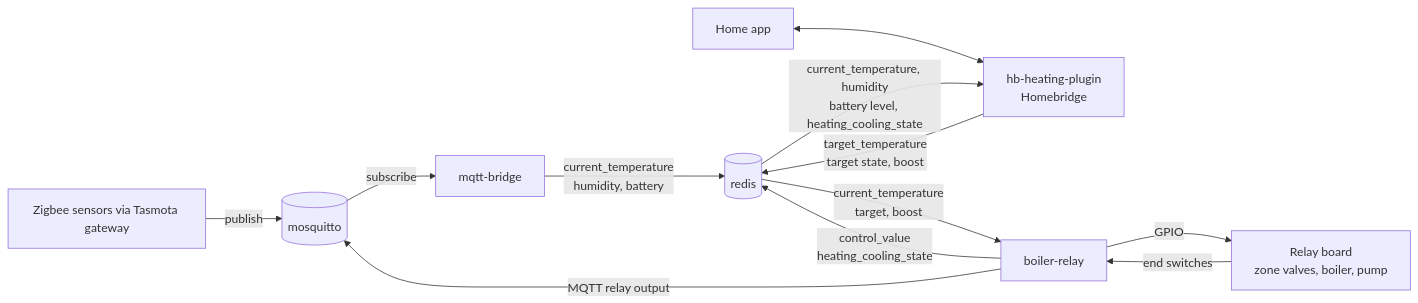
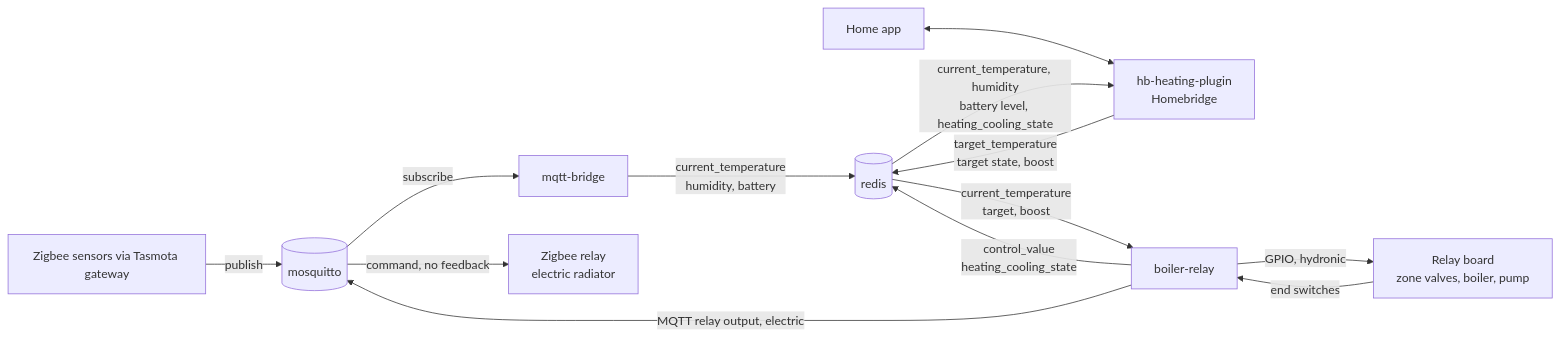
Before and after one commit to GJMontreal/heating-system: the diagram in README.md, drawn with Mermaid. The commit also changed other lines of this file and 2 other files, not shown here.

Commit message:
Document the hydronic and electric systems, update boiler-relay pointer

````diff
--- a/README.md
+++ b/README.md
@@ -15,17 +20,18 @@
 ```mermaid
 flowchart LR
     sensors[Zigbee sensors via Tasmota gateway] -->|publish| mqtt[(mosquitto)]
     mqtt -->|subscribe| bridge[mqtt-bridge]
     bridge -->|current_temperature<br/>humidity, battery| redis[(redis)]
 
     app[Home app] <--> hb[hb-heating-plugin<br/>Homebridge]
     hb -->|target_temperature<br/>target state, boost| redis
     redis -->|current_temperature, humidity<br/>battery level, heating_cooling_state| hb
 
     redis -->|current_temperature<br/>target, boost| relay[boiler-relay]
     relay -->|control_value<br/>heating_cooling_state| redis
 
-    relay -->|GPIO| relays[Relay board<br/>zone valves, boiler, pump]
-    relay -->|MQTT relay output| mqtt
+    relay -->|GPIO, hydronic| relays[Relay board<br/>zone valves, boiler, pump]
     relays -->|end switches| relay
+    relay -->|MQTT relay output, electric| mqtt
+    mqtt -->|command, no feedback| zrelay[Zigbee relay<br/>electric radiator]
 ```
````
